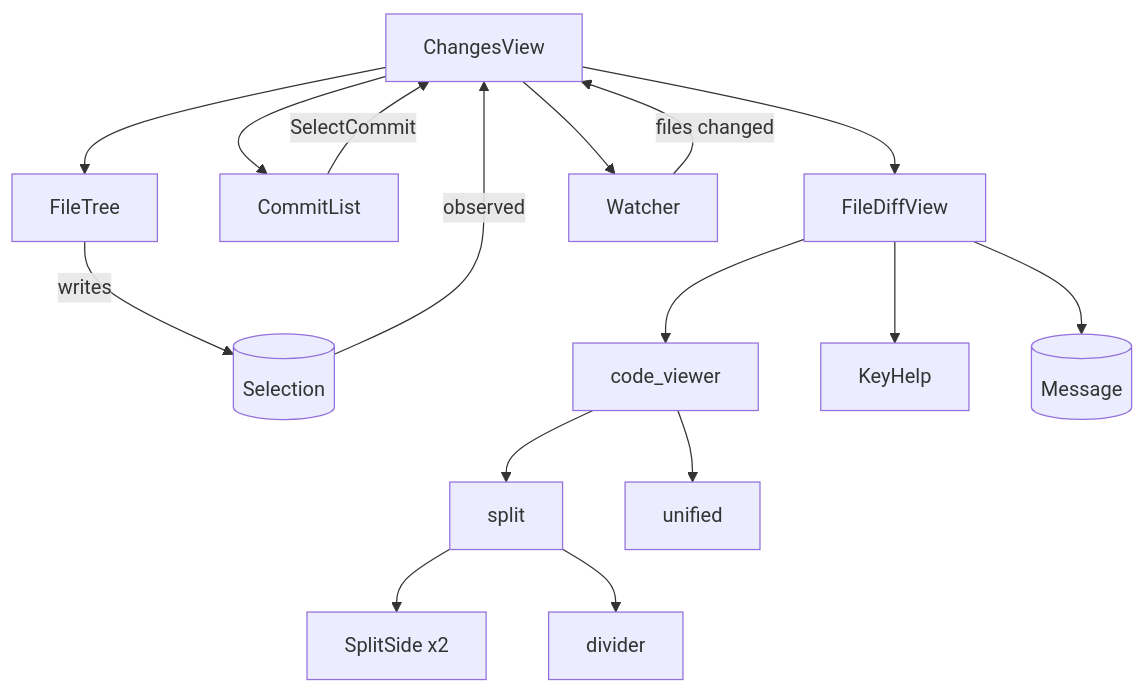
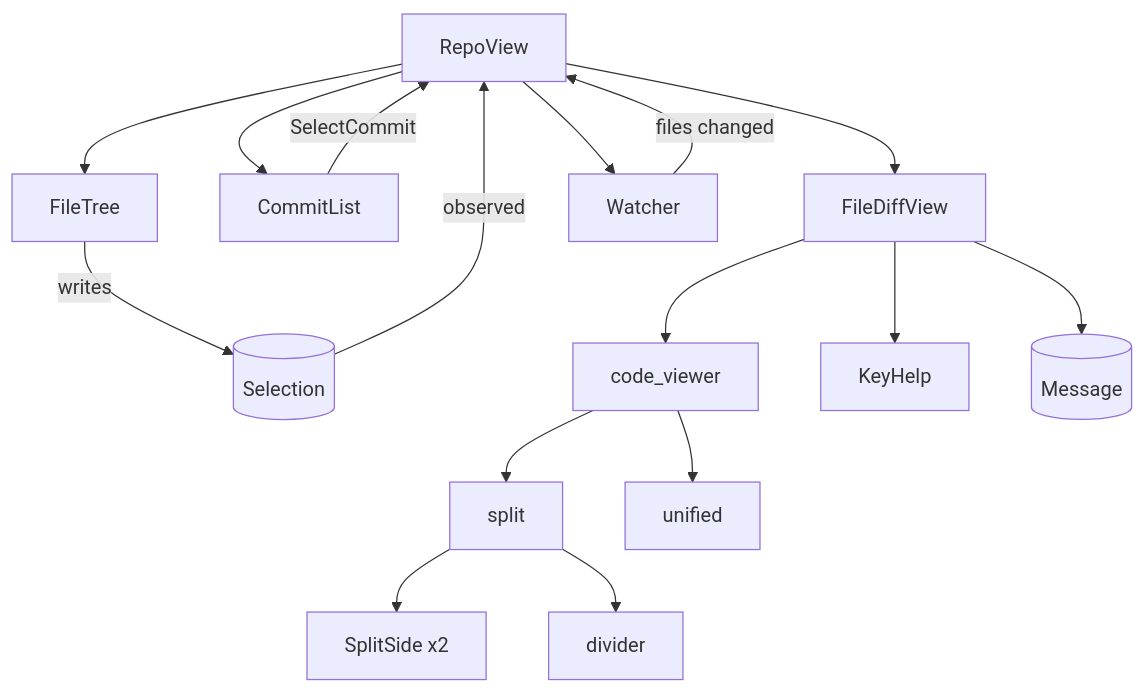
The diagram in crates/jetdiff-ui/README.md (akemkers/jetdiff), drawn with Mermaid before and after one commit. The commit also changed other lines of this file and 23 other files, not shown here.

````diff
--- a/crates/jetdiff-ui/README.md
+++ b/crates/jetdiff-ui/README.md
@@ -38,18 +38,18 @@
 ```mermaid
 graph TD
-    cv[ChangesView] --> tree[FileTree]
-    cv --> commits[CommitList]
-    cv --> fdv[FileDiffView]
-    cv --> watcher[Watcher]
+    rv[RepoView] --> tree[FileTree]
+    rv --> commits[CommitList]
+    rv --> fdv[FileDiffView]
+    rv --> watcher[Watcher]
     tree -- writes --> sel[(Selection)]
-    sel -- observed --> cv
-    commits -- SelectCommit --> cv
-    watcher -- files changed --> cv
+    sel -- observed --> rv
+    commits -- SelectCommit --> rv
+    watcher -- files changed --> rv
     fdv --> viewer[code_viewer]
     viewer --> split[split]
     viewer --> unified[unified]
     split --> side[SplitSide x2]
     split --> div[divider]
     fdv --> help[KeyHelp]
     fdv --> msg[(Message)]
 ```
````
